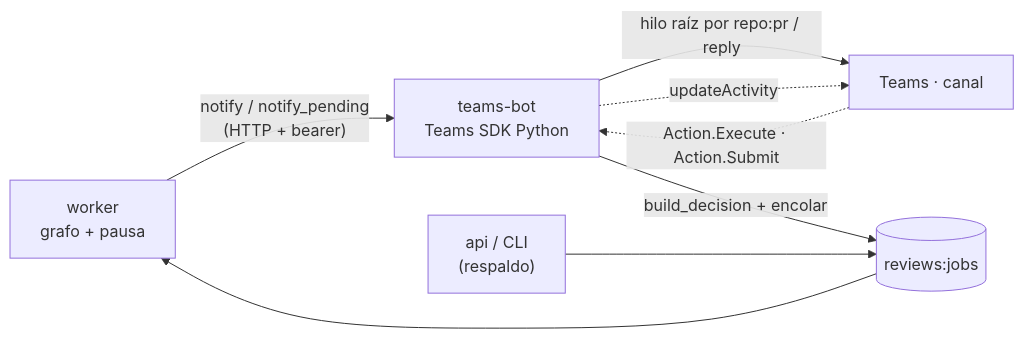
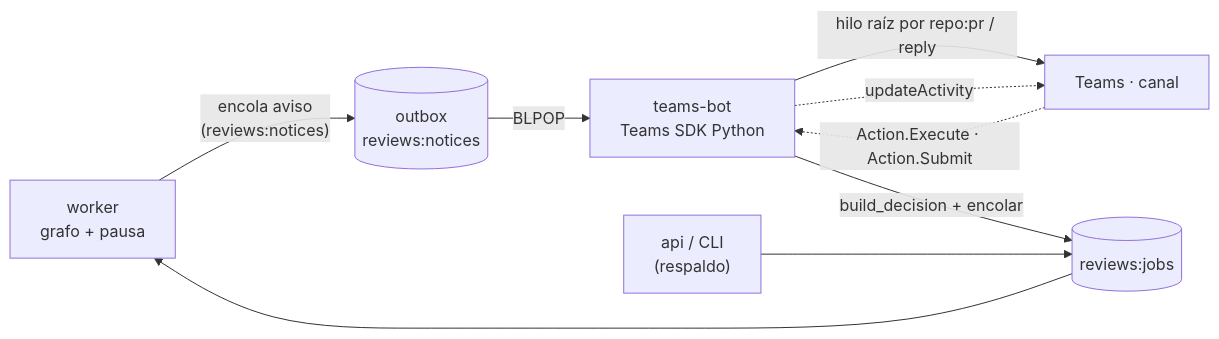
One commit to pcgarat/agent-review-langgraph changed the diagram in docs/iniciativas/013-canal-teams-bidireccional/spec.md. Above: the diagram before and after it, drawn with Mermaid. The commit also changed other lines of this file and 31 other files, not shown here.

First line of the commit message:
feat(teams): contrato ChatNotice y outbox de avisos del canal

````diff
--- a/docs/iniciativas/013-canal-teams-bidireccional/spec.md
+++ b/docs/iniciativas/013-canal-teams-bidireccional/spec.md
@@ -87,10 +91,11 @@
 ```mermaid
 flowchart LR
-    W["worker<br/>grafo + pausa"] -->|"notify / notify_pending<br/>(HTTP + bearer)"| BOT["teams-bot<br/>Teams SDK Python"]
+    W["worker<br/>grafo + pausa"] -->|"encola aviso<br/>(reviews:notices)"| OQ[("outbox<br/>reviews:notices")]
+    OQ -->|BLPOP| BOT["teams-bot<br/>Teams SDK Python"]
     BOT -->|"hilo raíz por repo:pr / reply"| TG["Teams · canal"]
     BOT -.->|"updateActivity"| TG
     TG -.->|"Action.Execute · Action.Submit"| BOT
     BOT -->|"build_decision + encolar"| Q[("reviews:jobs")]
     Q --> W
     API["api / CLI<br/>(respaldo)"] --> Q
 ```
````
